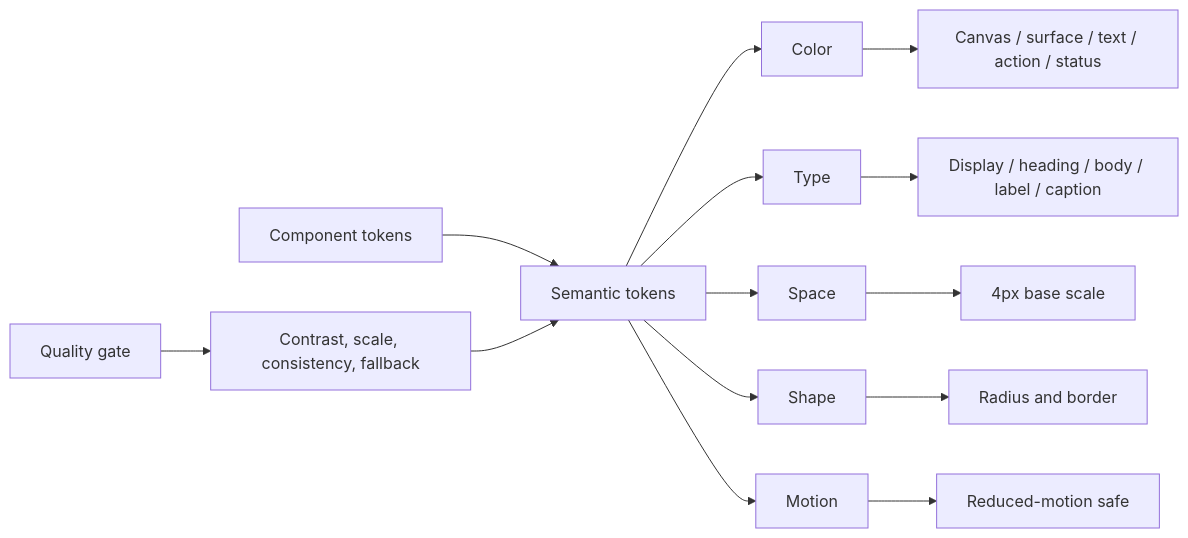
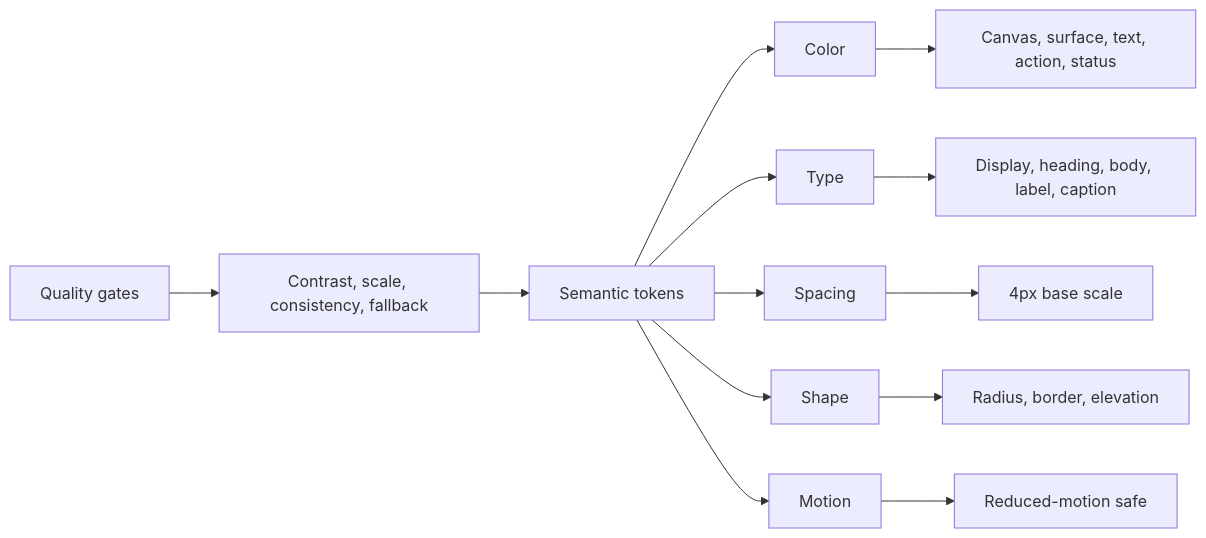
One commit to p2id/Faces changed the diagram in projects/project-001/visuals/token-map.mmd. Above: the diagram before and after it, drawn with Mermaid.

Commit message:
Daily UI UX repository refresh 2026-10-19

```diff
--- a/projects/project-001/visuals/token-map.mmd
+++ b/projects/project-001/visuals/token-map.mmd
@@ -1,14 +1,13 @@
 flowchart LR
-  A[Semantic tokens] --> B[Color]
-  A --> C[Type]
-  A --> D[Space]
-  A --> E[Shape]
-  A --> F[Motion]
-  B --> B1[Canvas / surface / text / action / status]
-  C --> C1[Display / heading / body / label / caption]
-  D --> D1[4px base scale]
-  E --> E1[Radius and border]
-  F --> F1[Reduced-motion safe]
-  G[Component tokens] --> A
-  H[Quality gate] --> I[Contrast, scale, consistency, fallback]
-  I --> A
+A[Semantic tokens] --> B[Color]
+A --> C[Type]
+A --> D[Spacing]
+A --> E[Shape]
+A --> F[Motion]
+B --> B1[Canvas, surface, text, action, status]
+C --> C1[Display, heading, body, label, caption]
+D --> D1[4px base scale]
+E --> E1[Radius, border, elevation]
+F --> F1[Reduced-motion safe]
+G[Quality gates] --> H[Contrast, scale, consistency, fallback]
+H --> A
```
